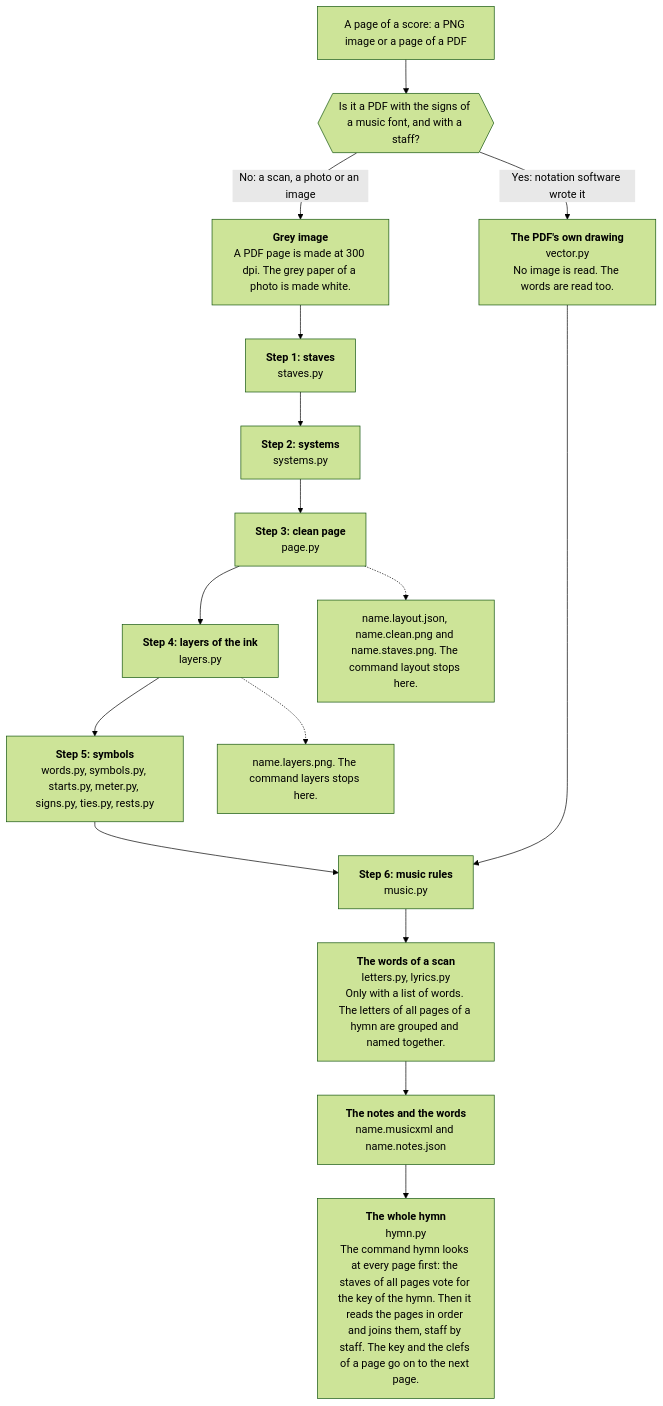
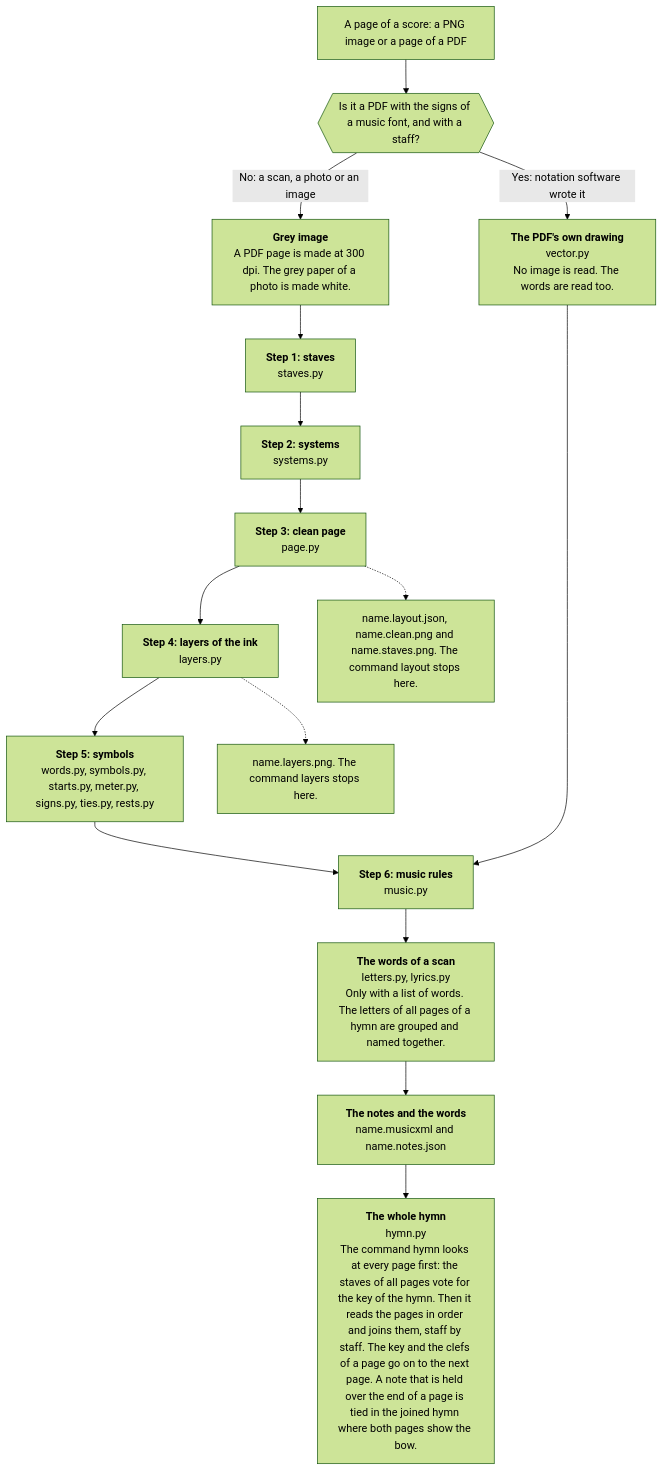
The first of 12 diagrams in README.md (sweet-cicero/ScoreReader), drawn with Mermaid (forest theme) before and after one commit. The commit also changed other lines of this file and 5 other files, not shown here.

````diff
--- a/README.md
+++ b/README.md
@@ -75,19 +75,19 @@
 ```mermaid
 flowchart TD
     source["A page of a score: a PNG image or a page of a PDF"]
     source --> kind{{"Is it a PDF with the signs of a music font, and with a staff?"}}
     kind -- "Yes: notation software wrote it" --> drawing["<b>The PDF's own drawing</b><br/>vector.py<br/>No image is read. The words are read too."]
     kind -- "No: a scan, a photo or an image" --> grey["<b>Grey image</b><br/>A PDF page is made at 300 dpi. The grey paper of a photo is made white."]
     grey --> staves["<b>Step 1: staves</b><br/>staves.py"]
     staves --> systems["<b>Step 2: systems</b><br/>systems.py"]
     systems --> clean["<b>Step 3: clean page</b><br/>page.py"]
     clean --> layers["<b>Step 4: layers of the ink</b><br/>layers.py"]
     layers --> symbols["<b>Step 5: symbols</b><br/>words.py, symbols.py, starts.py, meter.py, signs.py, ties.py, rests.py"]
     symbols --> music["<b>Step 6: music rules</b><br/>music.py"]
     drawing -------> music
     music --> words["<b>The words of a scan</b><br/>letters.py, lyrics.py<br/>Only with a list of words. The letters of all pages of a hymn are grouped and named together."]
     words --> notes["<b>The notes and the words</b><br/>name.musicxml and name.notes.json"]
-    notes --> hymn["<b>The whole hymn</b><br/>hymn.py<br/>The command hymn looks at every page first: the staves of all pages vote for the key of the hymn. Then it reads the pages in order and joins them, staff by staff. The key and the clefs of a page go on to the next page."]
+    notes --> hymn["<b>The whole hymn</b><br/>hymn.py<br/>The command hymn looks at every page first: the staves of all pages vote for the key of the hymn. Then it reads the pages in order and joins them, staff by staff. The key and the clefs of a page go on to the next page. A note that is held over the end of a page is tied in the joined hymn where both pages show the bow."]
     clean -.-> layout["name.layout.json, name.clean.png and name.staves.png. The command layout stops here."]
     layers -.-> picture["name.layers.png. The command layers stops here."]
 ```
````
